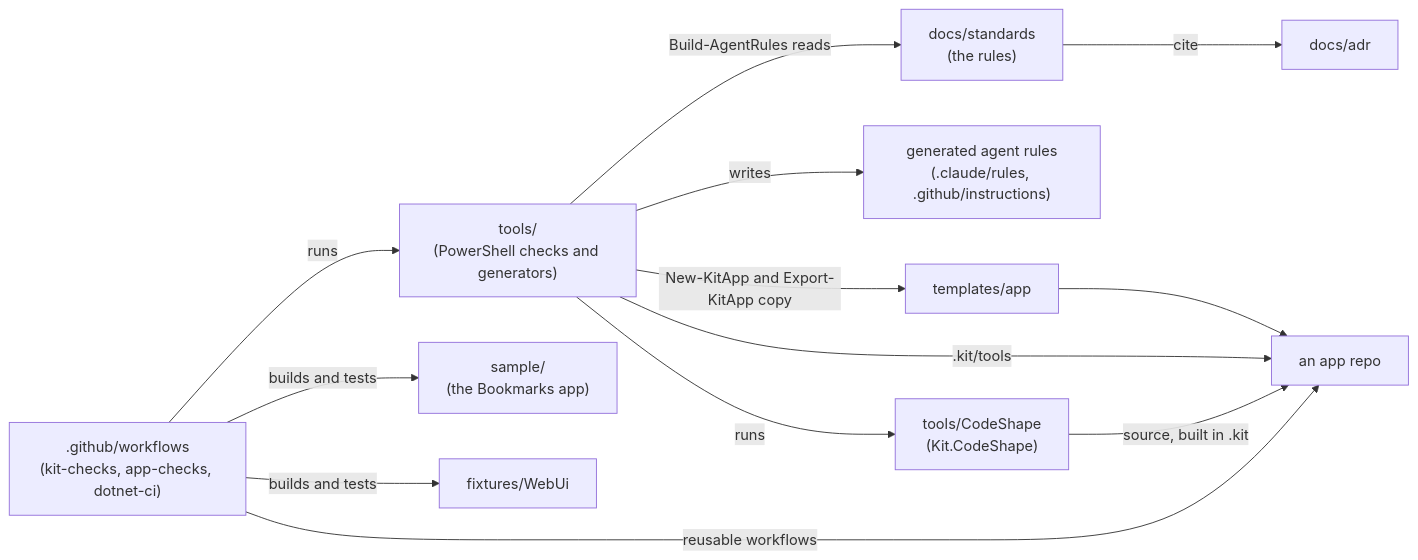
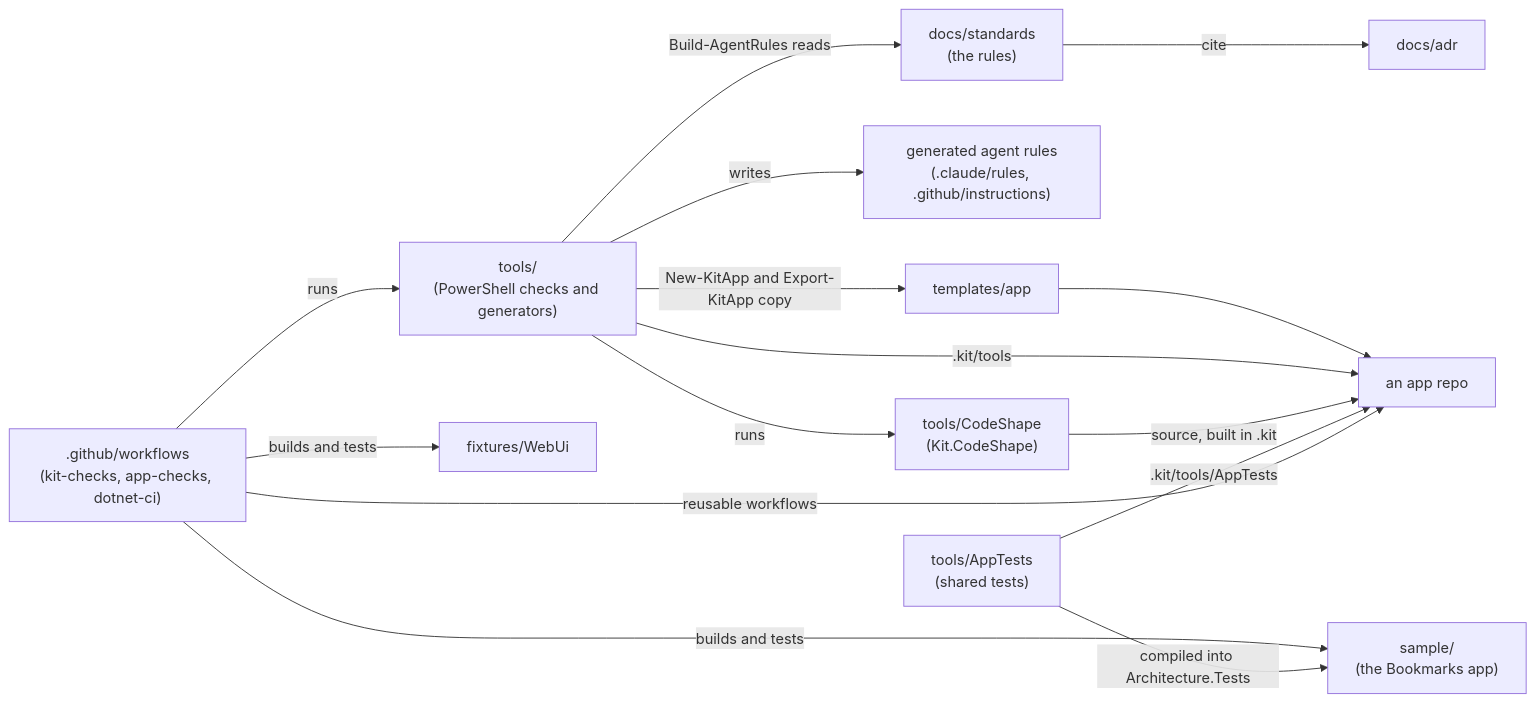
One commit to DerekFoulk/dotnet-agent-kit changed the first of 2 diagrams in docs/architecture/modules.md. Above: the diagram before and after it, drawn with Mermaid. The commit also changed other lines of this file and 9 other files, not shown here.

Commit message:
docs: ADR-0079 records the kit's shared tests; six architecture rules gate in apps

````diff
--- a/docs/architecture/modules.md
+++ b/docs/architecture/modules.md
@@ -7,26 +7,28 @@
 ```mermaid
 flowchart LR
     standards["docs/standards<br/>(the rules)"]
     adr["docs/adr"]
     rules["generated agent rules<br/>(.claude/rules, .github/instructions)"]
     tools["tools/<br/>(PowerShell checks and generators)"]
     codeshape["tools/CodeShape<br/>(Kit.CodeShape)"]
     ci[".github/workflows<br/>(kit-checks, app-checks, dotnet-ci)"]
     templates["templates/app"]
     sample["sample/<br/>(the Bookmarks app)"]
     webui["fixtures/WebUi"]
     apps["an app repo"]
 
     standards -->|cite| adr
     tools -->|Build-AgentRules reads| standards
     tools -->|writes| rules
     tools -->|runs| codeshape
     ci -->|runs| tools
     ci -->|builds and tests| sample
     ci -->|builds and tests| webui
     tools -->|New-KitApp and Export-KitApp copy| templates
     templates --> apps
     tools -->|.kit/tools| apps
     codeshape -->|source, built in .kit| apps
+    apptests["tools/AppTests<br/>(shared tests)"] -->|compiled into Architecture.Tests| sample
+    apptests -->|.kit/tools/AppTests| apps
     ci -->|reusable workflows| apps
 ```
````
